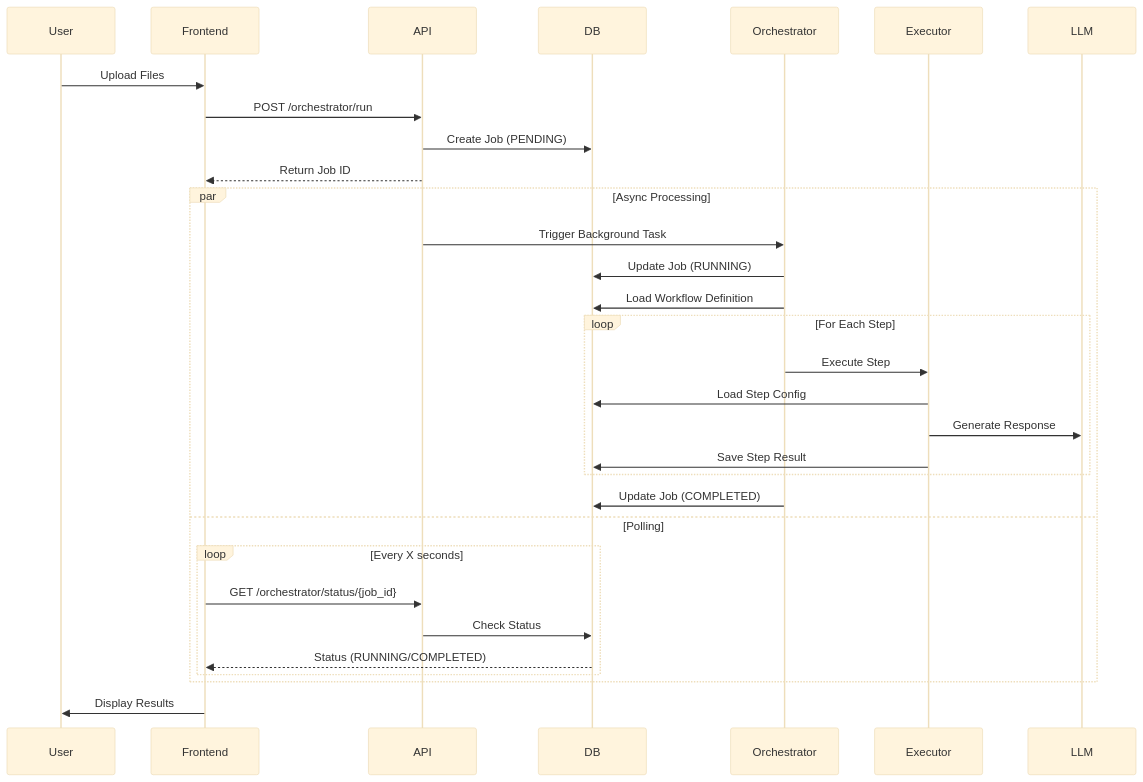
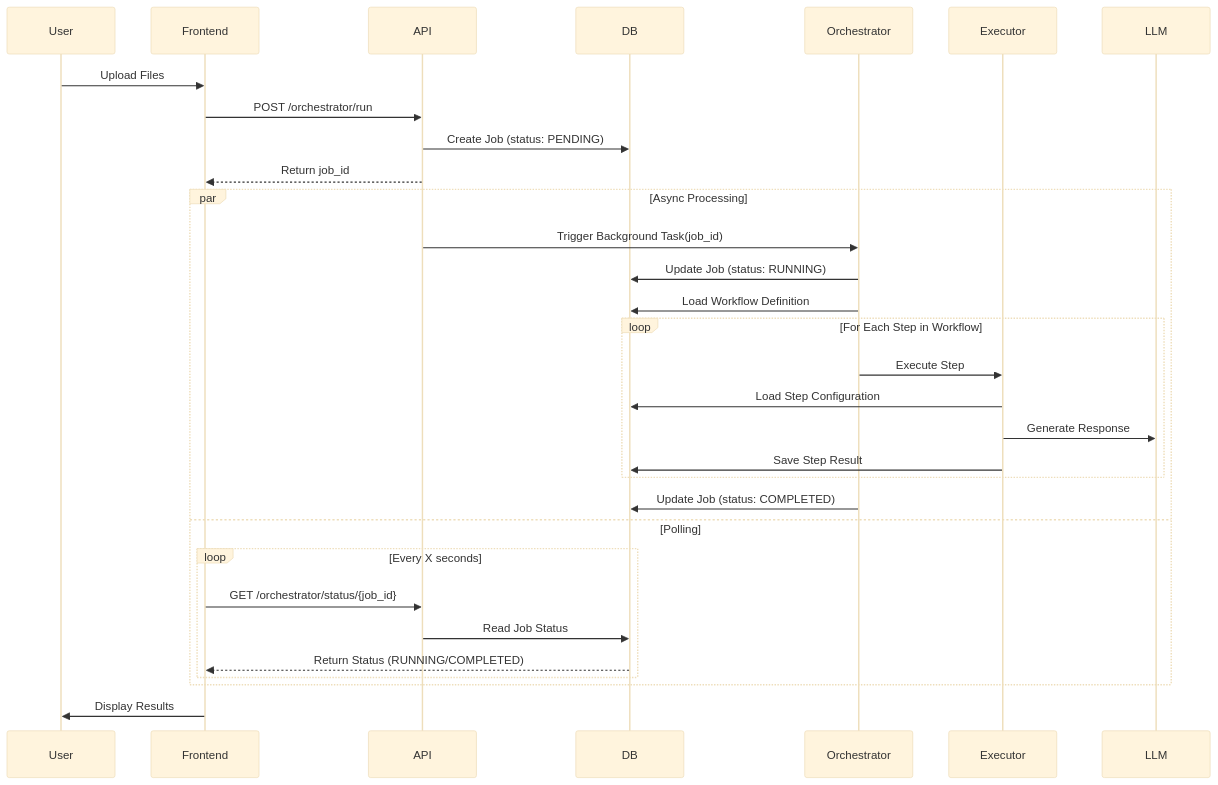
Before and after one commit to launis/quorum: the first of 3 diagrams in docs/architecture.md, drawn with Mermaid (base theme). The commit also changed other lines of this file and 31 other files, not shown here.

````diff
--- a/docs/architecture.md
+++ b/docs/architecture.md
@@ -46,38 +44,38 @@
 ```mermaid
 sequenceDiagram
     participant User
     participant Frontend
     participant API
     participant DB
     participant Orchestrator
     participant Executor
     participant LLM
 
     User->>Frontend: Upload Files
     Frontend->>API: POST /orchestrator/run
-    API->>DB: Create Job (PENDING)
-    API-->>Frontend: Return Job ID
+    API->>DB: Create Job (status: PENDING)
+    API-->>Frontend: Return job_id
     
     par Async Processing
-        API->>Orchestrator: Trigger Background Task
-        Orchestrator->>DB: Update Job (RUNNING)
+        API->>Orchestrator: Trigger Background Task(job_id)
+        Orchestrator->>DB: Update Job (status: RUNNING)
         Orchestrator->>DB: Load Workflow Definition
         
-        loop For Each Step
+        loop For Each Step in Workflow
             Orchestrator->>Executor: Execute Step
-            Executor->>DB: Load Step Config
+            Executor->>DB: Load Step Configuration
             Executor->>LLM: Generate Response
             Executor->>DB: Save Step Result
         end
         
-        Orchestrator->>DB: Update Job (COMPLETED)
+        Orchestrator->>DB: Update Job (status: COMPLETED)
     and Polling
         loop Every X seconds
             Frontend->>API: GET /orchestrator/status/{job_id}
-            API->>DB: Check Status
-            DB-->>Frontend: Status (RUNNING/COMPLETED)
+            API->>DB: Read Job Status
+            DB-->>Frontend: Return Status (RUNNING/COMPLETED)
         end
     end
     
     Frontend->>User: Display Results
 ```
````
